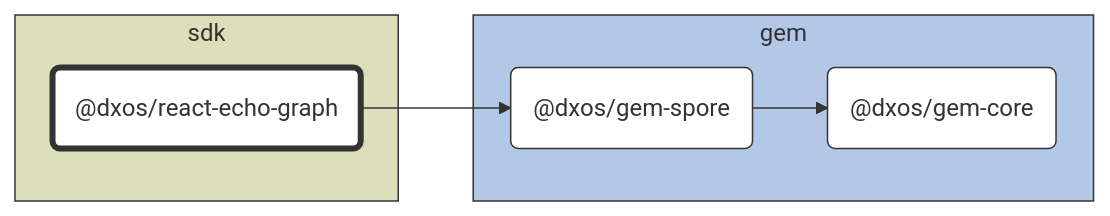
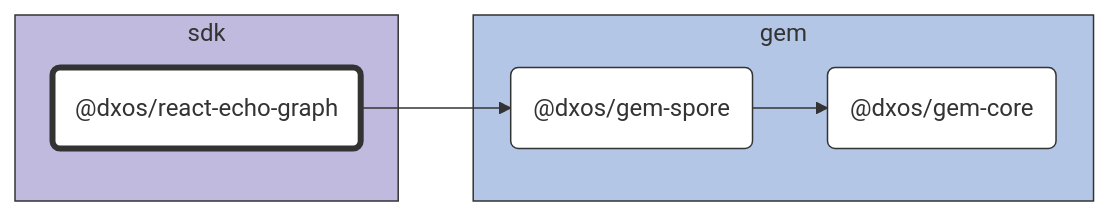
Before and after one commit to dxos/dxos: the diagram in packages/sdk/react-echo-graph/docs/README.md, drawn with Mermaid. The commit also changed 86 other files, not shown here.

````diff
--- a/packages/sdk/react-echo-graph/docs/README.md
+++ b/packages/sdk/react-echo-graph/docs/README.md
@@ -7,30 +7,30 @@
 ```mermaid
 %%{ init: {'flowchart':{'curve':'basis'}} }%%
 
 flowchart LR
 
 %% Classes
 classDef def fill:#fff,stroke:#333,stroke-width:1px
 classDef root fill:#fff,stroke:#333,stroke-width:4px
 
 %% Nodes
 
 subgraph sdk [sdk]
-  style sdk fill:#dddeba,stroke:#333
+  style sdk fill:#c0bade,stroke:#333
   dxos/react-echo-graph("@dxos/react-echo-graph"):::root
   click dxos/react-echo-graph "dxos/dxos/tree/main/packages/sdk/react-echo-graph/docs"
 end
 
 subgraph gem [gem]
-  style gem fill:#b3c7e6,stroke:#333
+  style gem fill:#b3c6e6,stroke:#333
   dxos/gem-core("@dxos/gem-core"):::def
   click dxos/gem-core "dxos/dxos/tree/main/packages/gem/gem-core/docs"
   dxos/gem-spore("@dxos/gem-spore"):::def
   click dxos/gem-spore "dxos/dxos/tree/main/packages/gem/gem-spore/docs"
 end
 
 %% Links
 linkStyle default stroke:#333,stroke-width:1px
 dxos/react-echo-graph --> dxos/gem-spore
 dxos/gem-spore --> dxos/gem-core
 ```
````
